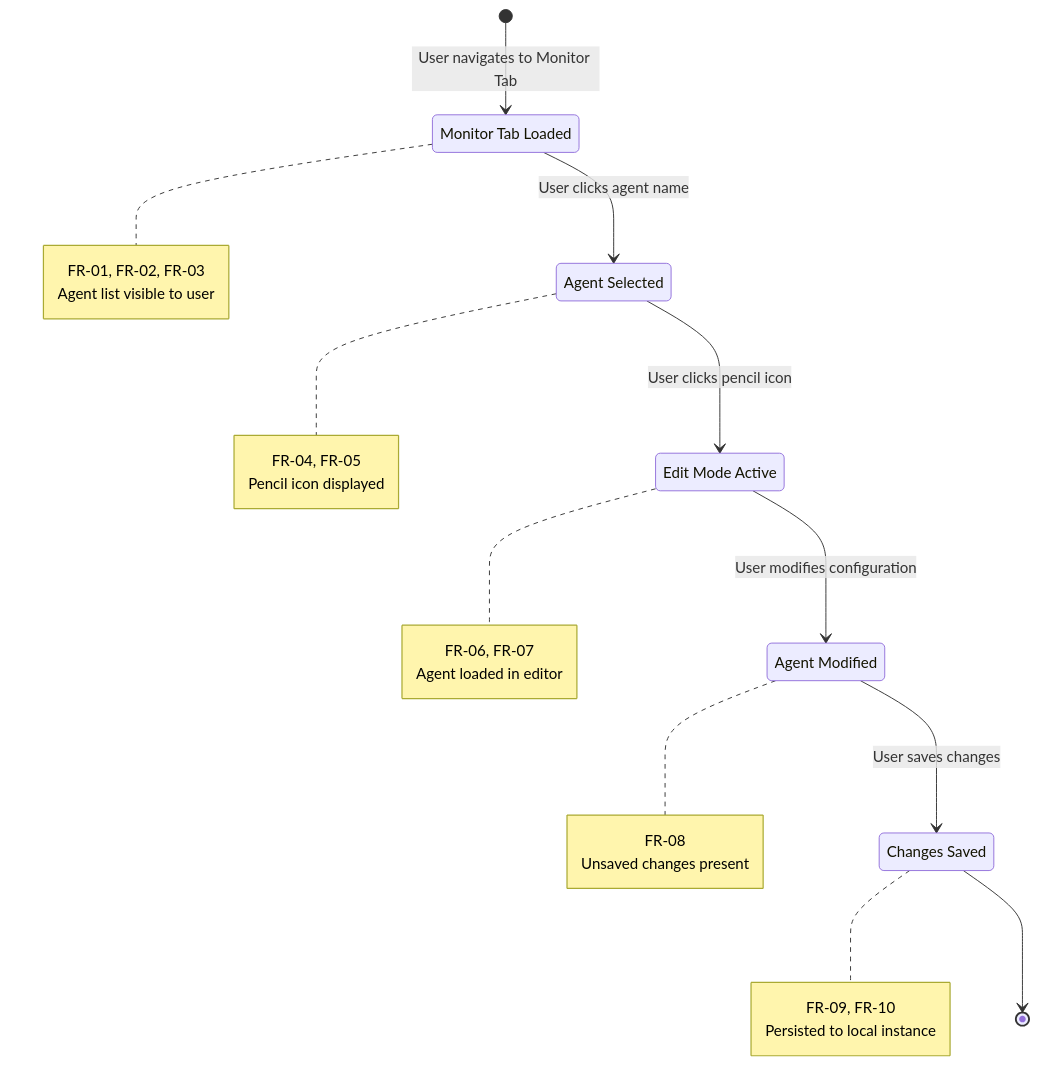
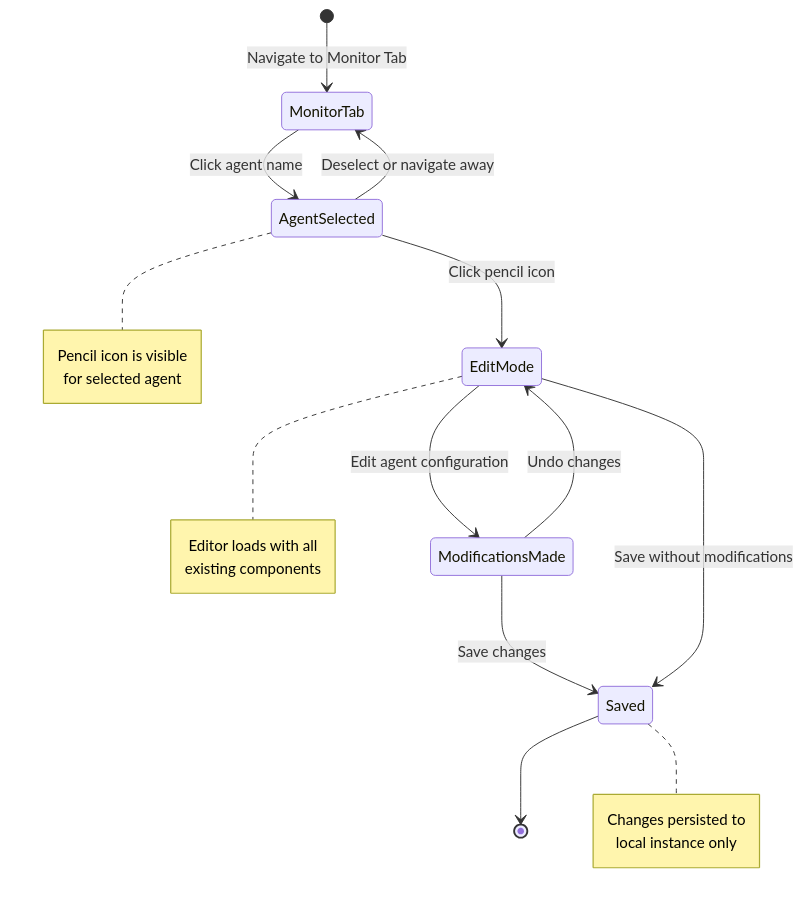
The third of 3 diagrams in representation/edit-agent-representation.md (ayushmittalde/RP), drawn with Mermaid before and after one commit. The commit also changed other lines of this file and 27 other files, not shown here.

````diff
--- a/representation/edit-agent-representation.md
+++ b/representation/edit-agent-representation.md
@@ -214,44 +294,32 @@
 ```mermaid
 stateDiagram-v2
-    [*] --> MonitorTabLoaded : User navigates to Monitor Tab
+    [*] --> MonitorTab : Navigate to Monitor Tab
 
-    MonitorTabLoaded : Monitor Tab Loaded
-    note right of MonitorTabLoaded
-        FR-01, FR-02, FR-03
-        Agent list visible to user
+    MonitorTab --> AgentSelected : Click agent name
+    AgentSelected --> MonitorTab : Deselect or navigate away
+
+    AgentSelected --> EditMode : Click pencil icon
+
+    EditMode --> ModificationsMade : Edit agent configuration
+    ModificationsMade --> EditMode : Undo changes
+
+    ModificationsMade --> Saved : Save changes
+    EditMode --> Saved : Save without modifications
+
+    Saved --> [*]
+
+    note right of AgentSelected
+        Pencil icon is visible
+        for selected agent
     end note
 
-    MonitorTabLoaded --> AgentSelected : User clicks agent name
-
-    AgentSelected : Agent Selected
-    note right of AgentSelected
-        FR-04, FR-05
-        Pencil icon displayed
+    note right of EditMode
+        Editor loads with all
+        existing components
     end note
 
-    AgentSelected --> EditModeActive : User clicks pencil icon
-
-    EditModeActive : Edit Mode Active
-    note right of EditModeActive
-        FR-06, FR-07
-        Agent loaded in editor
+    note right of Saved
+        Changes persisted to
+        local instance only
     end note
-
-    EditModeActive --> AgentModified : User modifies configuration
-
-    AgentModified : Agent Modified
-    note right of AgentModified
-        FR-08
-        Unsaved changes present
-    end note
-
-    AgentModified --> ChangesSaved : User saves changes
-
-    ChangesSaved : Changes Saved
-    note right of ChangesSaved
-        FR-09, FR-10
-        Persisted to local instance
-    end note
-
-    ChangesSaved --> [*]
 ```
````
